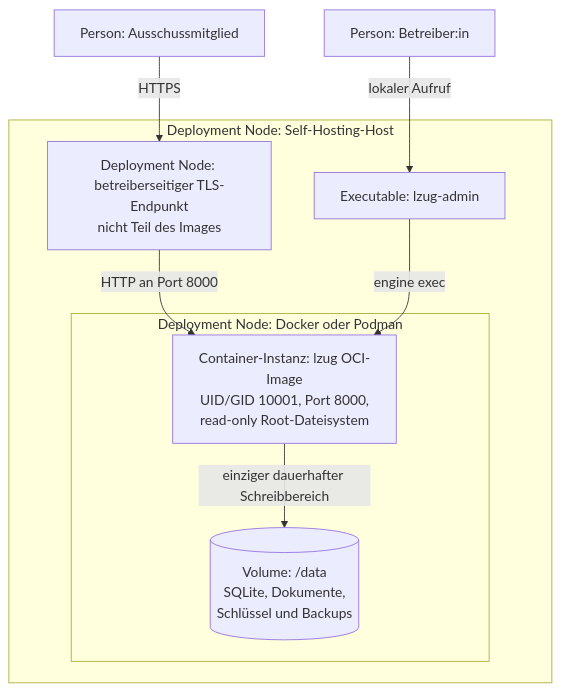
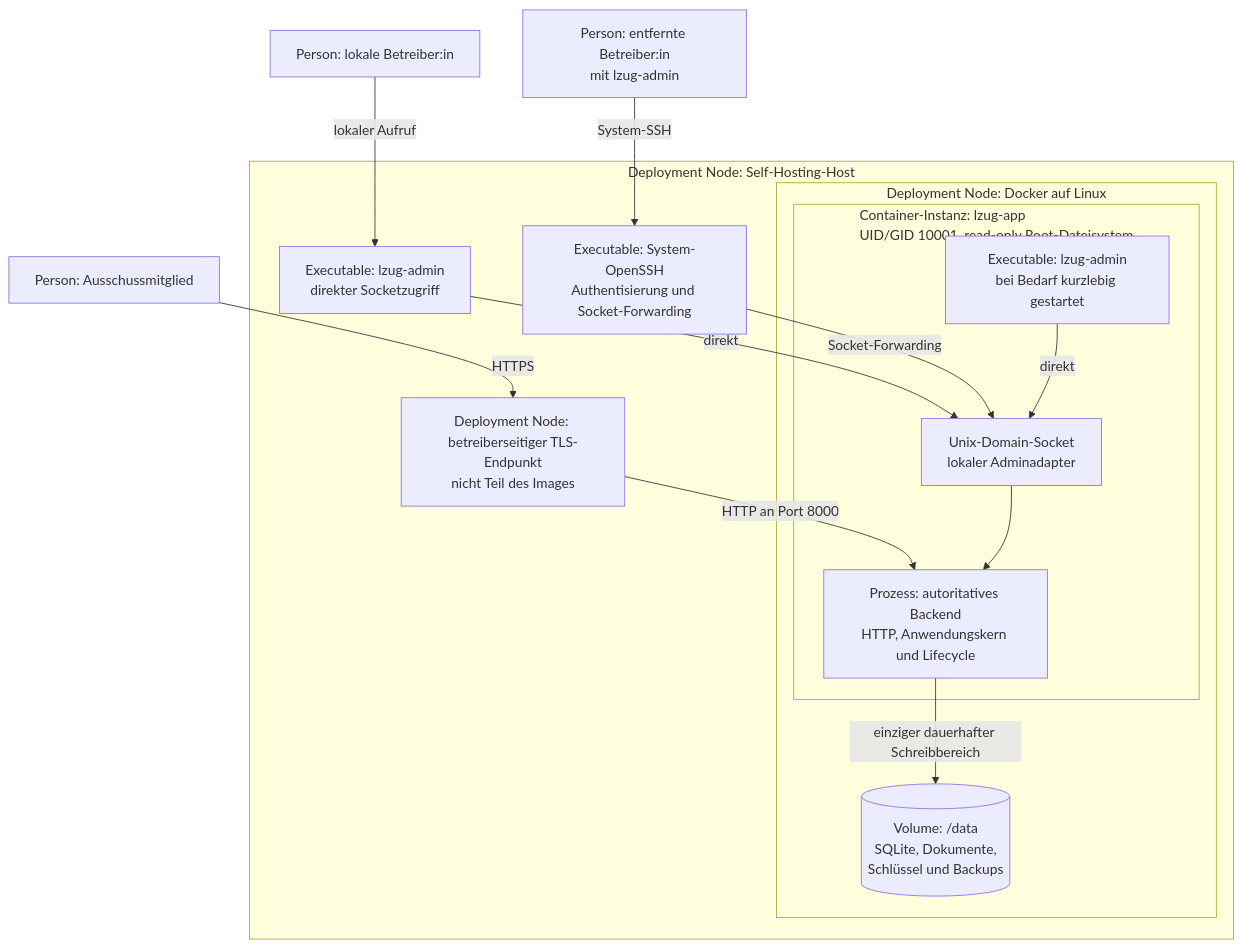
One commit to lxndrp/lzug changed the fourth of 6 diagrams in docs/developers/architecture.md. Above: the diagram before and after it, drawn with Mermaid. The commit also changed other lines of this file and 5 other files, not shown here.

Commit message:
Document AIO admin transport architecture (#708) (#720)

````diff
--- a/docs/developers/architecture.md
+++ b/docs/developers/architecture.md
@@ -99,21 +114,31 @@
 ```mermaid
 flowchart TB
   member["Person: Ausschussmitglied"]
-  operator["Person: Betreiber:in"]
+  local["Person: lokale Betreiber:in"]
+  remote["Person: entfernte Betreiber:in<br/>mit lzug-admin"]
 
   subgraph host["Deployment Node: Self-Hosting-Host"]
     tls["Deployment Node: betreiberseitiger TLS-Endpunkt<br/>nicht Teil des Images"]
-    admin["Executable: lzug-admin"]
+    ssh["Executable: System-OpenSSH<br/>Authentisierung und Socket-Forwarding"]
+    admin["Executable: lzug-admin<br/>direkter Socketzugriff"]
 
-    subgraph engine["Deployment Node: Docker oder Podman"]
-      app["Container-Instanz: lzug OCI-Image<br/>UID/GID 10001, Port 8000,<br/>read-only Root-Dateisystem"]
+    subgraph engine["Deployment Node: Docker auf Linux"]
+      subgraph image["Container-Instanz: lzug-app<br/>UID/GID 10001, read-only Root-Dateisystem"]
+        app["Prozess: autoritatives Backend<br/>HTTP, Anwendungskern und Lifecycle"]
+        socket["Unix-Domain-Socket<br/>lokaler Adminadapter"]
+        container_cli["Executable: lzug-admin<br/>bei Bedarf kurzlebig gestartet"]
+      end
       data[("Volume: /data<br/>SQLite, Dokumente,<br/>Schlüssel und Backups")]
     end
   end
 
   member -->|"HTTPS"| tls
   tls -->|"HTTP an Port 8000"| app
-  operator -->|"lokaler Aufruf"| admin
-  admin -->|"engine exec"| app
+  local -->|"lokaler Aufruf"| admin
+  remote -->|"System-SSH"| ssh
+  admin -->|"direkt"| socket
+  ssh -->|"Socket-Forwarding"| socket
+  container_cli -->|"direkt"| socket
+  socket --> app
   app -->|"einziger dauerhafter Schreibbereich"| data
 ```
````
